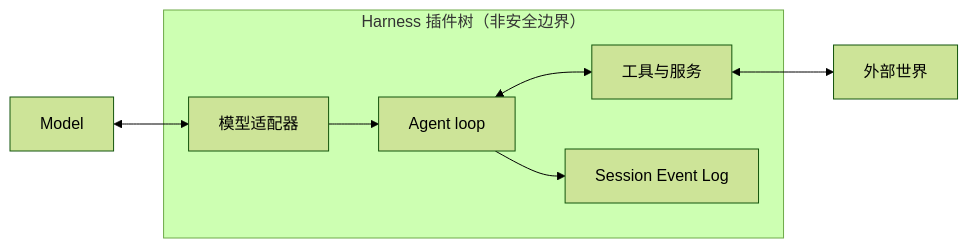
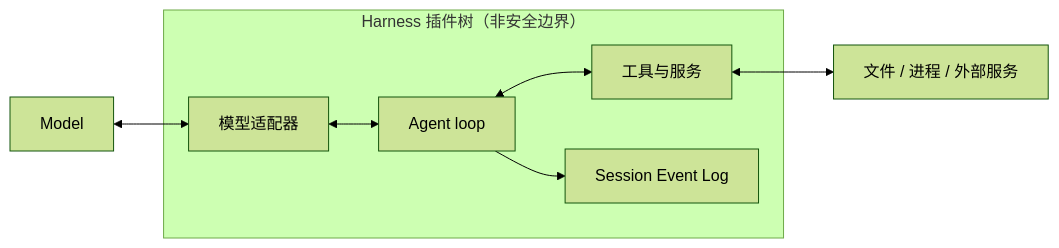
Before and after one commit to yang0228/deepseek-harness-analysis: the diagram in docs/01-overview.md, drawn with Mermaid (forest theme). The commit also changed other lines of this file and 35 other files, not shown here.

````diff
--- a/docs/01-overview.md
+++ b/docs/01-overview.md
@@ -19,16 +17,10 @@
 ```mermaid
 flowchart LR
-  Model[Model]
-  World[外部世界]
+  Model[Model] <--> Adapter[模型适配器]
   subgraph Harness["Harness 插件树（非安全边界）"]
-    Adapter[模型适配器]
-    Loop[Agent loop]
-    Tools[工具与服务]
-    Session[Session Event Log]
-    Adapter --> Loop
-    Loop <--> Tools
-    Loop --> Session
+    Adapter <--> Loop[Agent loop]
+    Loop <--> Tools[工具与服务]
+    Loop --> Log[Session Event Log]
   end
-  Model <--> Adapter
-  Tools <--> World
+  Tools <--> World[文件 / 进程 / 外部服务]
 ```
````
